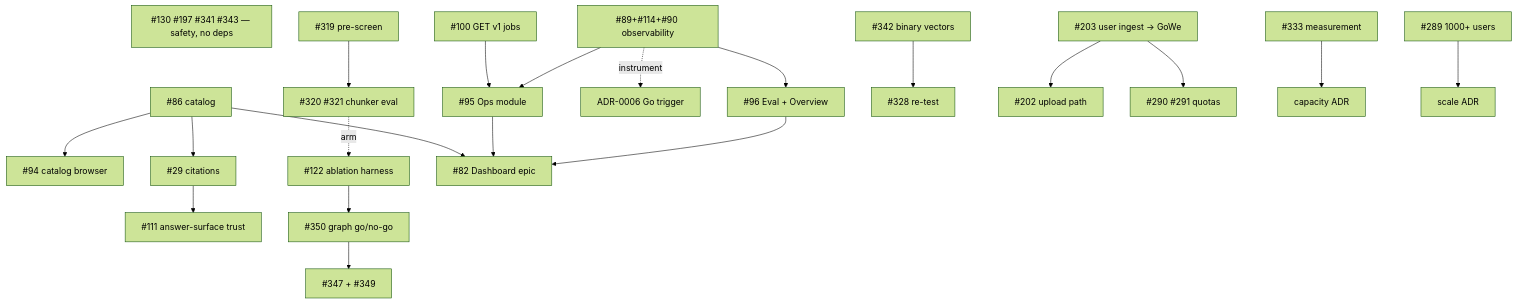
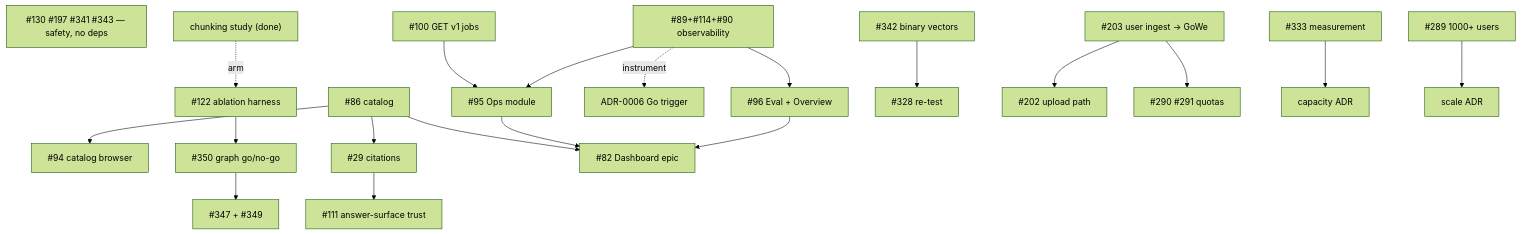
One commit to wilke/ragstack changed the diagram in ROADMAP.md. Above: the diagram before and after it, drawn with Mermaid (forest theme). The commit also changed other lines of this file and 1 other file, not shown here.

First line of the commit message:
docs: open-issue triage 2026-10-25 — ROADMAP gates for closed issues, scratchpad record

````diff
--- a/ROADMAP.md
+++ b/ROADMAP.md
@@ -133,28 +132,27 @@
 ```mermaid
 flowchart TD
   SAFE["#130 #197 #341 #343 — safety, no deps"]
 
   CAT["#86 catalog"] --> CATBROWSE["#94 catalog browser"]
   CAT --> CITE["#29 citations"] --> TRUST["#111 answer-surface trust"]
 
   JOBS["#100 GET v1 jobs"] --> OPS["#95 Ops module"]
   OBS["#89+#114+#90 observability"] --> OPS
   OBS --> EVALMOD["#96 Eval + Overview"]
   OBS -. instrument .-> GOGATE["ADR-0006 Go trigger"]
 
   ABL["#122 ablation harness"] --> GRAPHGO["#350 graph go/no-go"]
   GRAPHGO --> G347["#347 + #349"]
-  PRE["#319 pre-screen"] --> CHUNKEVAL["#320 #321 chunker eval"]
-  CHUNKEVAL -. arm .-> ABL
+  CHUNKEVAL["chunking study (done)"] -. arm .-> ABL
 
   FMT["#342 binary vectors"] --> FC["#328 re-test"]
   ROUTE["#203 user ingest → GoWe"] --> UPLOAD["#202 upload path"]
   ROUTE --> QUOTA["#290 #291 quotas"]
 
   QUANT["#333 measurement"] --> CAPADR["capacity ADR"]
   SCALE["#289 1000+ users"] --> SCALEADR["scale ADR"]
 
   CAT --> EPIC["#82 Dashboard epic"]
   OPS --> EPIC
   EVALMOD --> EPIC
 ```
````
